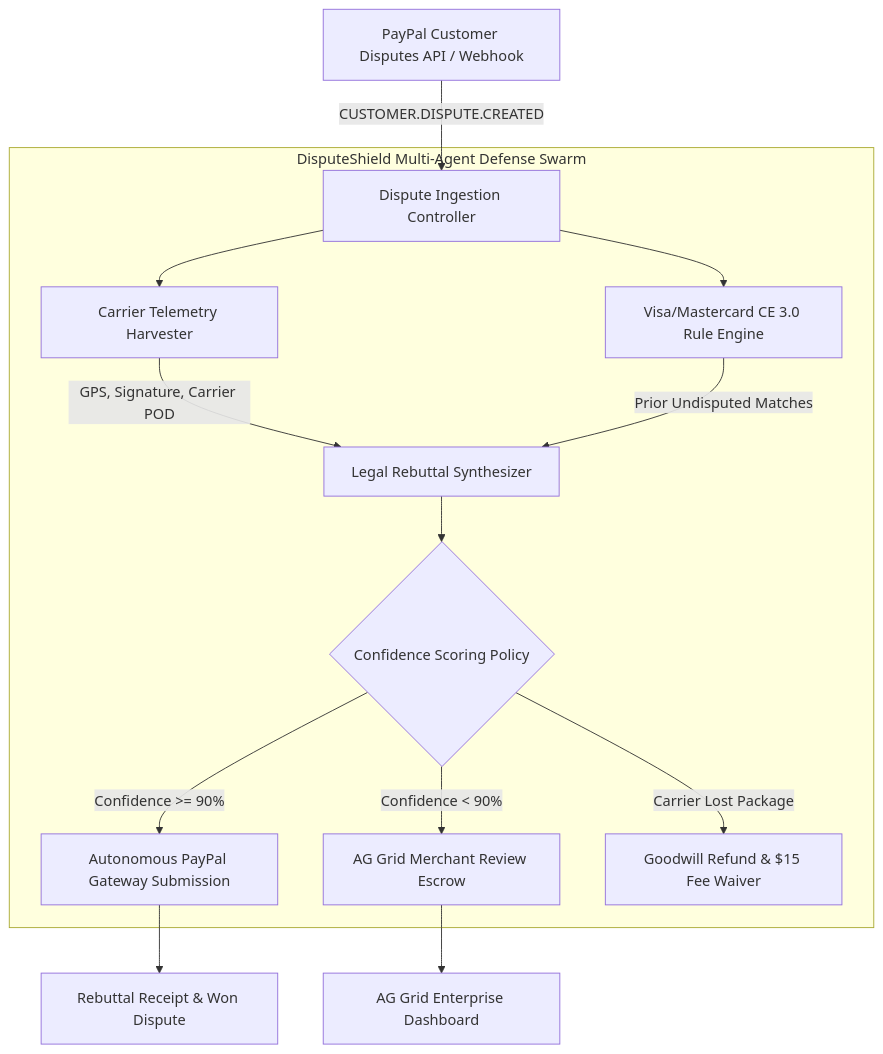
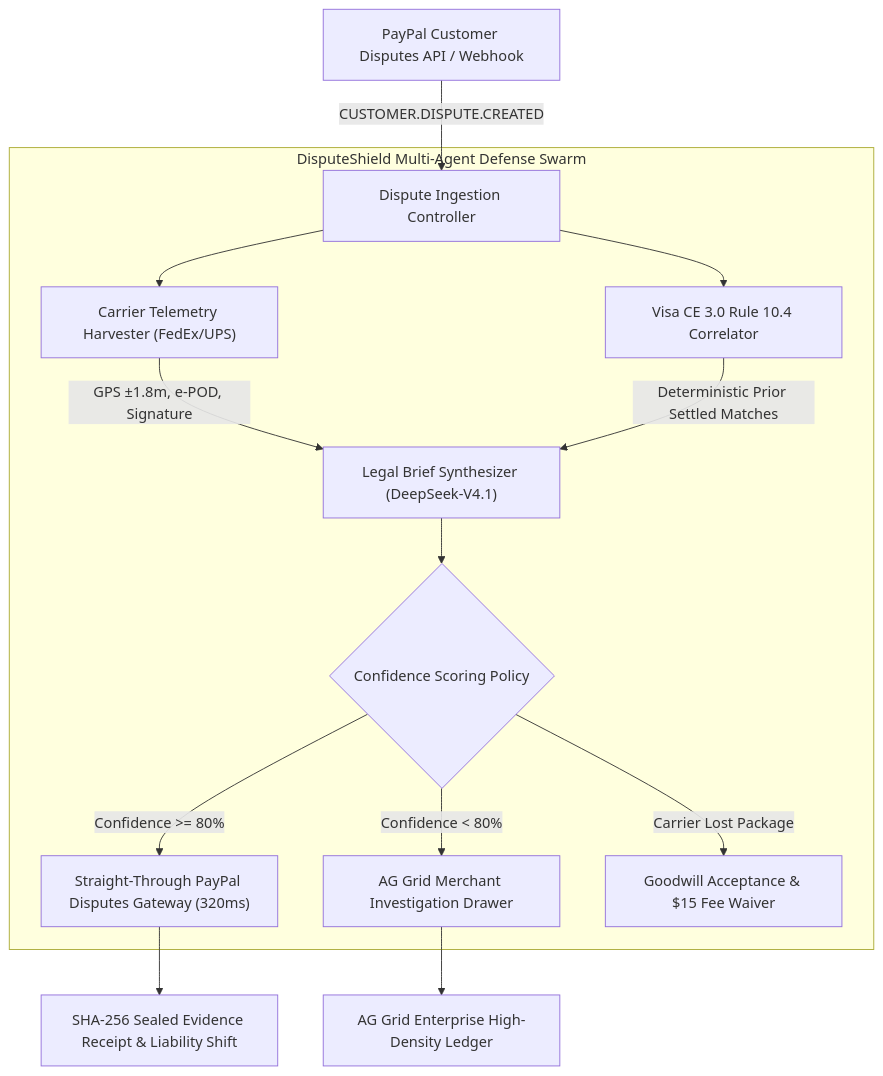
Before and after one commit to jordialbarracin/disputeshield-agent: the diagram in README.md, drawn with Mermaid. The commit also changed other lines of this file and 1 other file, not shown here.

````diff
--- a/README.md
+++ b/README.md
@@ -35,21 +54,21 @@
 ```mermaid
 flowchart TD
-    PP[PayPal Customer Disputes API / Webhook] -->|CUSTOMER.DISPUTE.CREATED| Ingest[Dispute Ingestion Controller]
+    PP["PayPal Customer Disputes API / Webhook"] -->|CUSTOMER.DISPUTE.CREATED| Ingest["Dispute Ingestion Controller"]
     
     subgraph Swarm ["DisputeShield Multi-Agent Defense Swarm"]
-        Ingest --> Harvester[Carrier Telemetry Harvester]
-        Ingest --> CE3[Visa/Mastercard CE 3.0 Rule Engine]
+        Ingest --> Harvester["Carrier Telemetry Harvester (FedEx/UPS)"]
+        Ingest --> CE3["Visa CE 3.0 Rule 10.4 Correlator"]
         
-        Harvester -->|GPS, Signature, Carrier POD| Synthesizer[Legal Rebuttal Synthesizer]
-        CE3 -->|Prior Undisputed Matches| Synthesizer
+        Harvester -->|GPS ±1.8m, e-POD, Signature| Synthesizer["Legal Brief Synthesizer (DeepSeek-V4.1)"]
+        CE3 -->|Deterministic Prior Settled Matches| Synthesizer
         
-        Synthesizer --> Guardrail{Confidence Scoring Policy}
+        Synthesizer --> Guardrail{"Confidence Scoring Policy"}
         
-        Guardrail -->|Confidence >= 90%| AutoSubmit[Autonomous PayPal Gateway Submission]
-        Guardrail -->|Confidence < 90%| HumanReview[AG Grid Merchant Review Escrow]
-        Guardrail -->|Carrier Lost Package| AutoRefund[Goodwill Refund & $15 Fee Waiver]
+        Guardrail -->|Confidence >= 80%| AutoSubmit["Straight-Through PayPal Disputes Gateway (320ms)"]
+        Guardrail -->|Confidence < 80%| HumanReview["AG Grid Merchant Investigation Drawer"]
+        Guardrail -->|Carrier Lost Package| AutoRefund["Goodwill Acceptance & $15 Fee Waiver"]
     end
     
-    AutoSubmit --> Output[Rebuttal Receipt & Won Dispute]
-    HumanReview --> AGGrid[AG Grid Enterprise Dashboard]
+    AutoSubmit --> Output["SHA-256 Sealed Evidence Receipt & Liability Shift"]
+    HumanReview --> AGGrid["AG Grid Enterprise High-Density Ledger"]
 ```
````
